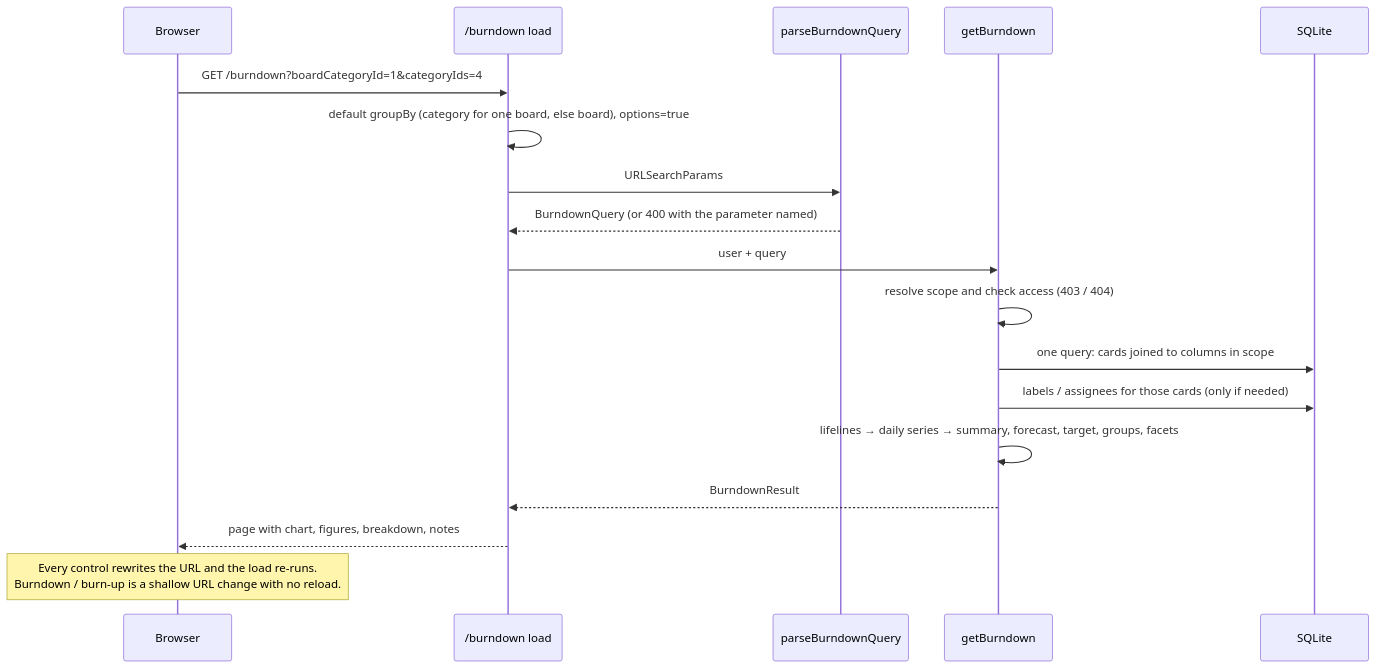
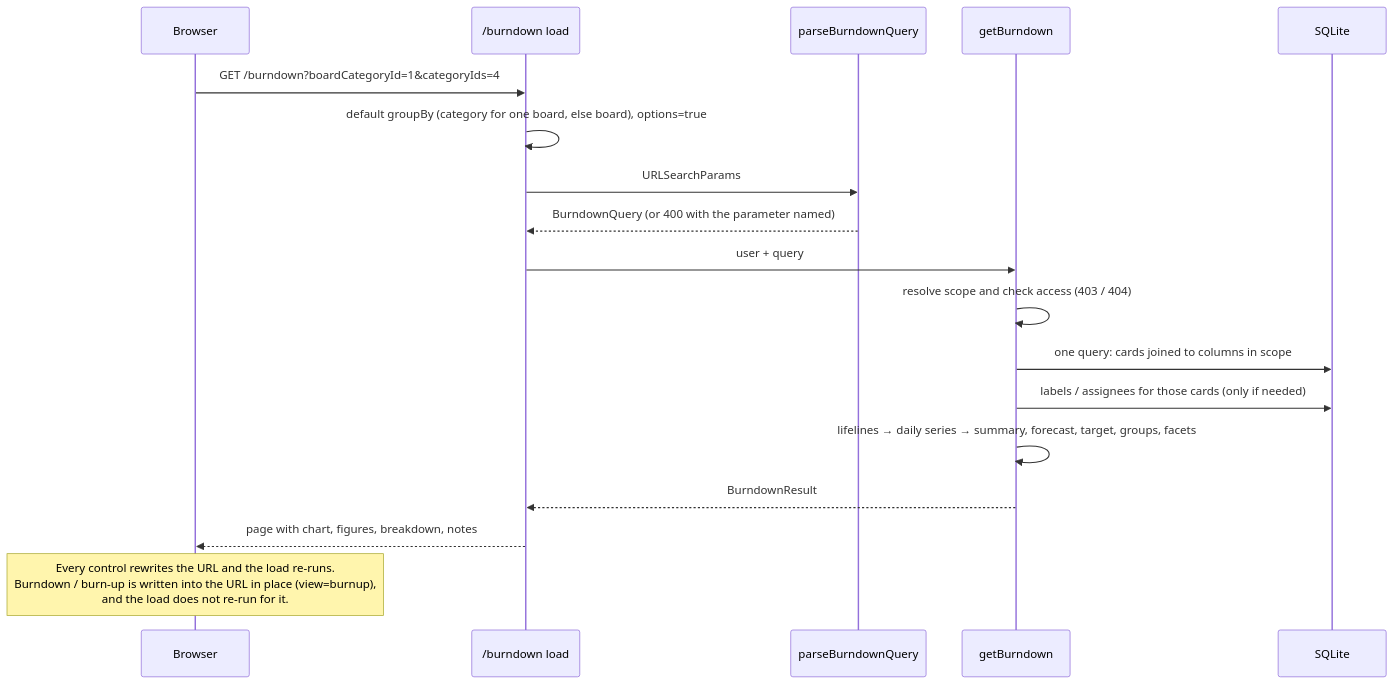
The second of 8 diagrams in docs/burndown-charts.md (gitBoon/DumpFire), drawn with Mermaid before and after one commit. The commit also changed other lines of this file and 15 other files, not shown here.

First line of the commit message:
fix: due dates read as the calendar day in every time zone, and Back keeps the burndown view (2241, 2242)

````diff
--- a/docs/burndown-charts.md
+++ b/docs/burndown-charts.md
@@ -115,21 +124,21 @@
 ```mermaid
 sequenceDiagram
     participant U as Browser
     participant L as /burndown load
     participant P as parseBurndownQuery
     participant G as getBurndown
     participant DB as SQLite
 
     U->>L: GET /burndown?boardCategoryId=1&categoryIds=4
     L->>L: default groupBy (category for one board, else board), options=true
     L->>P: URLSearchParams
     P-->>L: BurndownQuery (or 400 with the parameter named)
     L->>G: user + query
     G->>G: resolve scope and check access (403 / 404)
     G->>DB: one query: cards joined to columns in scope
     G->>DB: labels / assignees for those cards (only if needed)
     G->>G: lifelines → daily series → summary, forecast, target, groups, facets
     G-->>L: BurndownResult
     L-->>U: page with chart, figures, breakdown, notes
-    Note over U: Every control rewrites the URL and the load re-runs.<br/>Burndown / burn-up is a shallow URL change with no reload.
+    Note over U: Every control rewrites the URL and the load re-runs.<br/>Burndown / burn-up is written into the URL in place (view=burnup),<br/>and the load does not re-run for it.
 ```
````
